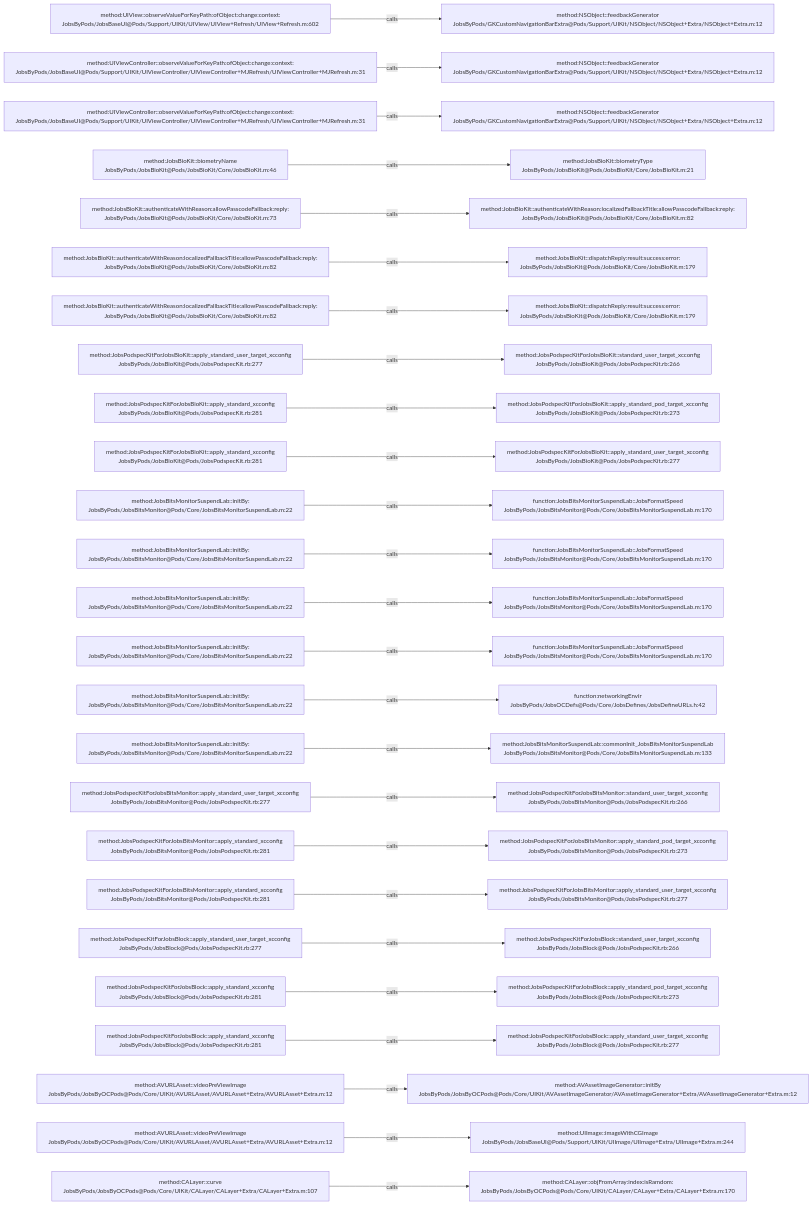
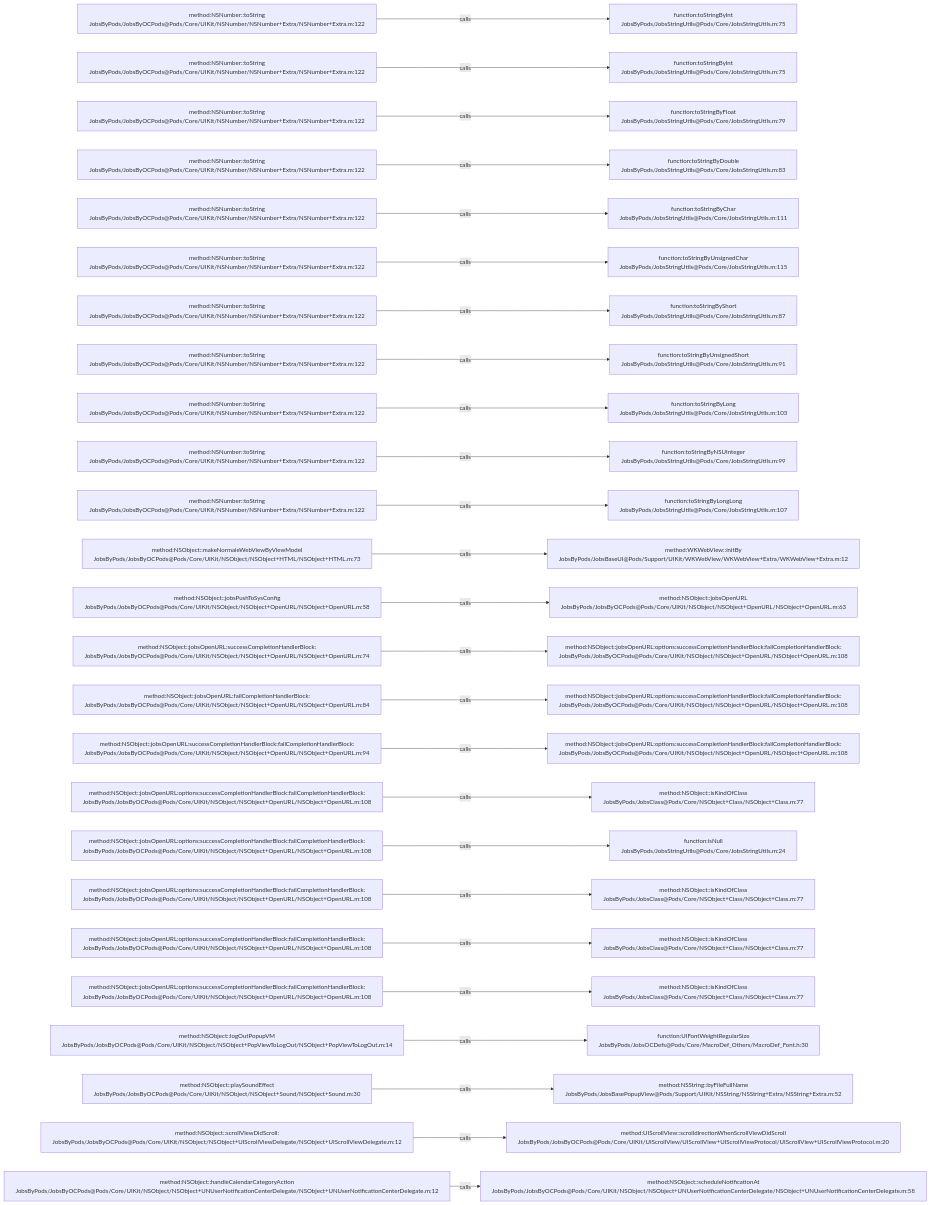
The diagram in .codegraph/codegraph.md/graphs/calls-051.md (JobsKits/JobsOCBaseConfigDemo), drawn with Mermaid before and after one commit. The commit also changed 639 other files, not shown here.

````diff
--- a/.codegraph/codegraph.md/graphs/calls-051.md
+++ b/.codegraph/codegraph.md/graphs/calls-051.md
@@ -13,78 +13,78 @@
 ```mermaid
 flowchart LR
-  S1["method:UIView::observeValueForKeyPath:ofObject:change:context:<br/>JobsByPods/JobsBaseUI@Pods/Support/UIKit/UIView/UIView+Refresh/UIView+Refresh.m:602"]
-  T1["method:NSObject::feedbackGenerator<br/>JobsByPods/GKCustomNavigationBarExtra@Pods/Support/UIKit/NSObject/NSObject+Extra/NSObject+Extra.m:12"]
+  S1["method:NSNumber::toString<br/>JobsByPods/JobsByOCPods@Pods/Core/UIKit/NSNumber/NSNumber+Extra/NSNumber+Extra.m:122"]
+  T1["function:toStringByInt<br/>JobsByPods/JobsStringUtils@Pods/Core/JobsStringUtils.m:75"]
   S1 -->|calls| T1
-  S2["method:UIViewController::observeValueForKeyPath:ofObject:change:context:<br/>JobsByPods/JobsBaseUI@Pods/Support/UIKit/UIViewController/UIViewController+MJRefresh/UIViewController+MJRefresh.m:31"]
-  T2["method:NSObject::feedbackGenerator<br/>JobsByPods/GKCustomNavigationBarExtra@Pods/Support/UIKit/NSObject/NSObject+Extra/NSObject+Extra.m:12"]
+  S2["method:NSNumber::toString<br/>JobsByPods/JobsByOCPods@Pods/Core/UIKit/NSNumber/NSNumber+Extra/NSNumber+Extra.m:122"]
+  T2["function:toStringByInt<br/>JobsByPods/JobsStringUtils@Pods/Core/JobsStringUtils.m:75"]
   S2 -->|calls| T2
-  S3["method:UIViewController::observeValueForKeyPath:ofObject:change:context:<br/>JobsByPods/JobsBaseUI@Pods/Support/UIKit/UIViewController/UIViewController+MJRefresh/UIViewController+MJRefresh.m:31"]
-  T3["method:NSObject::feedbackGenerator<br/>JobsByPods/GKCustomNavigationBarExtra@Pods/Support/UIKit/NSObject/NSObject+Extra/NSObject+Extra.m:12"]
+  S3["method:NSNumber::toString<br/>JobsByPods/JobsByOCPods@Pods/Core/UIKit/NSNumber/NSNumber+Extra/NSNumber+Extra.m:122"]
+  T3["function:toStringByFloat<br/>JobsByPods/JobsStringUtils@Pods/Core/JobsStringUtils.m:79"]
   S3 -->|calls| T3
-  S4["method:JobsBioKit::biometryName<br/>JobsByPods/JobsBioKit@Pods/JobsBioKit/Core/JobsBioKit.m:46"]
-  T4["method:JobsBioKit::biometryType<br/>JobsByPods/JobsBioKit@Pods/JobsBioKit/Core/JobsBioKit.m:21"]
+  S4["method:NSNumber::toString<br/>JobsByPods/JobsByOCPods@Pods/Core/UIKit/NSNumber/NSNumber+Extra/NSNumber+Extra.m:122"]
+  T4["function:toStringByDouble<br/>JobsByPods/JobsStringUtils@Pods/Core/JobsStringUtils.m:83"]
   S4 -->|calls| T4
-  S5["method:JobsBioKit::authenticateWithReason:allowPasscodeFallback:reply:<br/>JobsByPods/JobsBioKit@Pods/JobsBioKit/Core/JobsBioKit.m:73"]
-  T5["method:JobsBioKit::authenticateWithReason:localizedFallbackTitle:allowPasscodeFallback:reply:<br/>JobsByPods/JobsBioKit@Pods/JobsBioKit/Core/JobsBioKit.m:82"]
+  S5["method:NSNumber::toString<br/>JobsByPods/JobsByOCPods@Pods/Core/UIKit/NSNumber/NSNumber+Extra/NSNumber+Extra.m:122"]
+  T5["function:toStringByChar<br/>JobsByPods/JobsStringUtils@Pods/Core/JobsStringUtils.m:111"]
   S5 -->|calls| T5
-  S6["method:JobsBioKit::authenticateWithReason:localizedFallbackTitle:allowPasscodeFallback:reply:<br/>JobsByPods/JobsBioKit@Pods/JobsBioKit/Core/JobsBioKit.m:82"]
-  T6["method:JobsBioKit::dispatchReply:result:success:error:<br/>JobsByPods/JobsBioKit@Pods/JobsBioKit/Core/JobsBioKit.m:179"]
+  S6["method:NSNumber::toString<br/>JobsByPods/JobsByOCPods@Pods/Core/UIKit/NSNumber/NSNumber+Extra/NSNumber+Extra.m:122"]
+  T6["function:toStringByUnsignedChar<br/>JobsByPods/JobsStringUtils@Pods/Core/JobsStringUtils.m:115"]
   S6 -->|calls| T6
-  S7["method:JobsBioKit::authenticateWithReason:localizedFallbackTitle:allowPasscodeFallback:reply:<br/>JobsByPods/JobsBioKit@Pods/JobsBioKit/Core/JobsBioKit.m:82"]
-  T7["method:JobsBioKit::dispatchReply:result:success:error:<br/>JobsByPods/JobsBioKit@Pods/JobsBioKit/Core/JobsBioKit.m:179"]
+  S7["method:NSNumber::toString<br/>JobsByPods/JobsByOCPods@Pods/Core/UIKit/NSNumber/NSNumber+Extra/NSNumber+Extra.m:122"]
+  T7["function:toStringByShort<br/>JobsByPods/JobsStringUtils@Pods/Core/JobsStringUtils.m:87"]
   S7 -->|calls| T7
-  S8["method:JobsPodspecKitForJobsBioKit::apply_standard_user_target_xcconfig<br/>JobsByPods/JobsBioKit@Pods/JobsPodspecKit.rb:277"]
-  T8["method:JobsPodspecKitForJobsBioKit::standard_user_target_xcconfig<br/>JobsByPods/JobsBioKit@Pods/JobsPodspecKit.rb:266"]
+  S8["method:NSNumber::toString<br/>JobsByPods/JobsByOCPods@Pods/Core/UIKit/NSNumber/NSNumber+Extra/NSNumber+Extra.m:122"]
+  T8["function:toStringByUnsignedShort<br/>JobsByPods/JobsStringUtils@Pods/Core/JobsStringUtils.m:91"]
   S8 -->|calls| T8
-  S9["method:JobsPodspecKitForJobsBioKit::apply_standard_xcconfig<br/>JobsByPods/JobsBioKit@Pods/JobsPodspecKit.rb:281"]
-  T9["method:JobsPodspecKitForJobsBioKit::apply_standard_pod_target_xcconfig<br/>JobsByPods/JobsBioKit@Pods/JobsPodspecKit.rb:273"]
+  S9["method:NSNumber::toString<br/>JobsByPods/JobsByOCPods@Pods/Core/UIKit/NSNumber/NSNumber+Extra/NSNumber+Extra.m:122"]
+  T9["function:toStringByLong<br/>JobsByPods/JobsStringUtils@Pods/Core/JobsStringUtils.m:103"]
   S9 -->|calls| T9
-  S10["method:JobsPodspecKitForJobsBioKit::apply_standard_xcconfig<br/>JobsByPods/JobsBioKit@Pods/JobsPodspecKit.rb:281"]
-  T10["method:JobsPodspecKitForJobsBioKit::apply_standard_user_target_xcconfig<br/>JobsByPods/JobsBioKit@Pods/JobsPodspecKit.rb:277"]
+  S10["method:NSNumber::toString<br/>JobsByPods/JobsByOCPods@Pods/Core/UIKit/NSNumber/NSNumber+Extra/NSNumber+Extra.m:122"]
+  T10["function:toStringByNSUInteger<br/>JobsByPods/JobsStringUtils@Pods/Core/JobsStringUtils.m:99"]
   S10 -->|calls| T10
-  S11["method:JobsBitsMonitorSuspendLab::initBy:<br/>JobsByPods/JobsBitsMonitor@Pods/Core/JobsBitsMonitorSuspendLab.m:22"]
-  T11["function:JobsBitsMonitorSuspendLab::JobsFormatSpeed<br/>JobsByPods/JobsBitsMonitor@Pods/Core/JobsBitsMonitorSuspendLab.m:170"]
+  S11["method:NSNumber::toString<br/>JobsByPods/JobsByOCPods@Pods/Core/UIKit/NSNumber/NSNumber+Extra/NSNumber+Extra.m:122"]
+  T11["function:toStringByLongLong<br/>JobsByPods/JobsStringUtils@Pods/Core/JobsStringUtils.m:107"]
   S11 -->|calls| T11
-  S12["method:JobsBitsMonitorSuspendLab::initBy:<br/>JobsByPods/JobsBitsMonitor@Pods/Core/JobsBitsMonitorSuspendLab.m:22"]
-  T12["function:JobsBitsMonitorSuspendLab::JobsFormatSpeed<br/>JobsByPods/JobsBitsMonitor@Pods/Core/JobsBitsMonitorSuspendLab.m:170"]
+  S12["method:NSObject::makeNormaleWebViewByViewModel<br/>JobsByPods/JobsByOCPods@Pods/Core/UIKit/NSObject/NSObject+HTML/NSObject+HTML.m:73"]
+  T12["method:WKWebView::initBy<br/>JobsByPods/JobsBaseUI@Pods/Support/UIKit/WKWebView/WKWebView+Extra/WKWebView+Extra.m:12"]
   S12 -->|calls| T12
-  S13["method:JobsBitsMonitorSuspendLab::initBy:<br/>JobsByPods/JobsBitsMonitor@Pods/Core/JobsBitsMonitorSuspendLab.m:22"]
-  T13["function:JobsBitsMonitorSuspendLab::JobsFormatSpeed<br/>JobsByPods/JobsBitsMonitor@Pods/Core/JobsBitsMonitorSuspendLab.m:170"]
+  S13["method:NSObject::jobsPushToSysConfig<br/>JobsByPods/JobsByOCPods@Pods/Core/UIKit/NSObject/NSObject+OpenURL/NSObject+OpenURL.m:58"]
+  T13["method:NSObject::jobsOpenURL<br/>JobsByPods/JobsByOCPods@Pods/Core/UIKit/NSObject/NSObject+OpenURL/NSObject+OpenURL.m:63"]
   S13 -->|calls| T13
-  S14["method:JobsBitsMonitorSuspendLab::initBy:<br/>JobsByPods/JobsBitsMonitor@Pods/Core/JobsBitsMonitorSuspendLab.m:22"]
-  T14["function:JobsBitsMonitorSuspendLab::JobsFormatSpeed<br/>JobsByPods/JobsBitsMonitor@Pods/Core/JobsBitsMonitorSuspendLab.m:170"]
+  S14["method:NSObject::jobsOpenURL:successCompletionHandlerBlock:<br/>JobsByPods/JobsByOCPods@Pods/Core/UIKit/NSObject/NSObject+OpenURL/NSObject+OpenURL.m:74"]
+  T14["method:NSObject::jobsOpenURL:options:successCompletionHandlerBlock:failCompletionHandlerBlock:<br/>JobsByPods/JobsByOCPods@Pods/Core/UIKit/NSObject/NSObject+OpenURL/NSObject+OpenURL.m:108"]
   S14 -->|calls| T14
-  S15["method:JobsBitsMonitorSuspendLab::initBy:<br/>JobsByPods/JobsBitsMonitor@Pods/Core/JobsBitsMonitorSuspendLab.m:22"]
-  T15["function:networkingEnvir<br/>JobsByPods/JobsOCDefs@Pods/Core/JobsDefines/JobsDefineURLs.h:42"]
+  S15["method:NSObject::jobsOpenURL:failCompletionHandlerBlock:<br/>JobsByPods/JobsByOCPods@Pods/Core/UIKit/NSObject/NSObject+OpenURL/NSObject+OpenURL.m:84"]
+  T15["method:NSObject::jobsOpenURL:options:successCompletionHandlerBlock:failCompletionHandlerBlock:<br/>JobsByPods/JobsByOCPods@Pods/Core/UIKit/NSObject/NSObject+OpenURL/NSObject+OpenURL.m:108"]
   S15 -->|calls| T15
-  S16["method:JobsBitsMonitorSuspendLab::initBy:<br/>JobsByPods/JobsBitsMonitor@Pods/Core/JobsBitsMonitorSuspendLab.m:22"]
-  T16["method:JobsBitsMonitorSuspendLab::commonInit_JobsBitsMonitorSuspendLab<br/>JobsByPods/JobsBitsMonitor@Pods/Core/JobsBitsMonitorSuspendLab.m:133"]
+  S16["method:NSObject::jobsOpenURL:successCompletionHandlerBlock:failCompletionHandlerBlock:<br/>JobsByPods/JobsByOCPods@Pods/Core/UIKit/NSObject/NSObject+OpenURL/NSObject+OpenURL.m:94"]
+  T16["method:NSObject::jobsOpenURL:options:successCompletionHandlerBlock:failCompletionHandlerBlock:<br/>JobsByPods/JobsByOCPods@Pods/Core/UIKit/NSObject/NSObject+OpenURL/NSObject+OpenURL.m:108"]
   S16 -->|calls| T16
-  S17["method:JobsPodspecKitForJobsBitsMonitor::apply_standard_user_target_xcconfig<br/>JobsByPods/JobsBitsMonitor@Pods/JobsPodspecKit.rb:277"]
-  T17["method:JobsPodspecKitForJobsBitsMonitor::standard_user_target_xcconfig<br/>JobsByPods/JobsBitsMonitor@Pods/JobsPodspecKit.rb:266"]
+  S17["method:NSObject::jobsOpenURL:options:successCompletionHandlerBlock:failCompletionHandlerBlock:<br/>JobsByPods/JobsByOCPods@Pods/Core/UIKit/NSObject/NSObject+OpenURL/NSObject+OpenURL.m:108"]
+  T17["method:NSObject::isKindOfClass<br/>JobsByPods/JobsClass@Pods/Core/NSObject+Class/NSObject+Class.m:77"]
   S17 -->|calls| T17
-  S18["method:JobsPodspecKitForJobsBitsMonitor::apply_standard_xcconfig<br/>JobsByPods/JobsBitsMonitor@Pods/JobsPodspecKit.rb:281"]
-  T18["method:JobsPodspecKitForJobsBitsMonitor::apply_standard_pod_target_xcconfig<br/>JobsByPods/JobsBitsMonitor@Pods/JobsPodspecKit.rb:273"]
+  S18["method:NSObject::jobsOpenURL:options:successCompletionHandlerBlock:failCompletionHandlerBlock:<br/>JobsByPods/JobsByOCPods@Pods/Core/UIKit/NSObject/NSObject+OpenURL/NSObject+OpenURL.m:108"]
+  T18["function:isNull<br/>JobsByPods/JobsStringUtils@Pods/Core/JobsStringUtils.m:24"]
   S18 -->|calls| T18
-  S19["method:JobsPodspecKitForJobsBitsMonitor::apply_standard_xcconfig<br/>JobsByPods/JobsBitsMonitor@Pods/JobsPodspecKit.rb:281"]
-  T19["method:JobsPodspecKitForJobsBitsMonitor::apply_standard_user_target_xcconfig<br/>JobsByPods/JobsBitsMonitor@Pods/JobsPodspecKit.rb:277"]
+  S19["method:NSObject::jobsOpenURL:options:successCompletionHandlerBlock:failCompletionHandlerBlock:<br/>JobsByPods/JobsByOCPods@Pods/Core/UIKit/NSObject/NSObject+OpenURL/NSObject+OpenURL.m:108"]
+  T19["method:NSObject::isKindOfClass<br/>JobsByPods/JobsClass@Pods/Core/NSObject+Class/NSObject+Class.m:77"]
   S19 -->|calls| T19
-  S20["method:JobsPodspecKitForJobsBlock::apply_standard_user_target_xcconfig<br/>JobsByPods/JobsBlock@Pods/JobsPodspecKit.rb:277"]
-  T20["method:JobsPodspecKitForJobsBlock::standard_user_target_xcconfig<br/>JobsByPods/JobsBlock@Pods/JobsPodspecKit.rb:266"]
+  S20["method:NSObject::jobsOpenURL:options:successCompletionHandlerBlock:failCompletionHandlerBlock:<br/>JobsByPods/JobsByOCPods@Pods/Core/UIKit/NSObject/NSObject+OpenURL/NSObject+OpenURL.m:108"]
+  T20["method:NSObject::isKindOfClass<br/>JobsByPods/JobsClass@Pods/Core/NSObject+Class/NSObject+Class.m:77"]
   S20 -->|calls| T20
-  S21["method:JobsPodspecKitForJobsBlock::apply_standard_xcconfig<br/>JobsByPods/JobsBlock@Pods/JobsPodspecKit.rb:281"]
-  T21["method:JobsPodspecKitForJobsBlock::apply_standard_pod_target_xcconfig<br/>JobsByPods/JobsBlock@Pods/JobsPodspecKit.rb:273"]
+  S21["method:NSObject::jobsOpenURL:options:successCompletionHandlerBlock:failCompletionHandlerBlock:<br/>JobsByPods/JobsByOCPods@Pods/Core/UIKit/NSObject/NSObject+OpenURL/NSObject+OpenURL.m:108"]
+  T21["method:NSObject::isKindOfClass<br/>JobsByPods/JobsClass@Pods/Core/NSObject+Class/NSObject+Class.m:77"]
   S21 -->|calls| T21
-  S22["method:JobsPodspecKitForJobsBlock::apply_standard_xcconfig<br/>JobsByPods/JobsBlock@Pods/JobsPodspecKit.rb:281"]
-  T22["method:JobsPodspecKitForJobsBlock::apply_standard_user_target_xcconfig<br/>JobsByPods/JobsBlock@Pods/JobsPodspecKit.rb:277"]
+  S22["method:NSObject::logOutPopupVM<br/>JobsByPods/JobsByOCPods@Pods/Core/UIKit/NSObject/NSObject+PopViewToLogOut/NSObject+PopViewToLogOut.m:14"]
+  T22["function:UIFontWeightRegularSize<br/>JobsByPods/JobsOCDefs@Pods/Core/MacroDef_Others/MacroDef_Font.h:30"]
   S22 -->|calls| T22
-  S23["method:AVURLAsset::videoPreViewImage<br/>JobsByPods/JobsByOCPods@Pods/Core/UIKit/AVURLAsset/AVURLAsset+Extra/AVURLAsset+Extra.m:12"]
-  T23["method:AVAssetImageGenerator::initBy<br/>JobsByPods/JobsByOCPods@Pods/Core/UIKit/AVAssetImageGenerator/AVAssetImageGenerator+Extra/AVAssetImageGenerator+Extra.m:12"]
+  S23["method:NSObject::playSoundEffect<br/>JobsByPods/JobsByOCPods@Pods/Core/UIKit/NSObject/NSObject+Sound/NSObject+Sound.m:30"]
+  T23["method:NSString::byFileFullName<br/>JobsByPods/JobsBasePopupView@Pods/Support/UIKit/NSString/NSString+Extra/NSString+Extra.m:52"]
   S23 -->|calls| T23
-  S24["method:AVURLAsset::videoPreViewImage<br/>JobsByPods/JobsByOCPods@Pods/Core/UIKit/AVURLAsset/AVURLAsset+Extra/AVURLAsset+Extra.m:12"]
-  T24["method:UIImage::imageWithCGImage<br/>JobsByPods/JobsBaseUI@Pods/Support/UIKit/UIImage/UIImage+Extra/UIImage+Extra.m:244"]
+  S24["method:NSObject::scrollViewDidScroll:<br/>JobsByPods/JobsByOCPods@Pods/Core/UIKit/NSObject/NSObject+UIScrollViewDelegate/NSObject+UIScrollViewDelegate.m:12"]
+  T24["method:UIScrollView::scrolldirectionWhenScrollViewDidScroll<br/>JobsByPods/JobsByOCPods@Pods/Core/UIKit/UIScrollView/UIScrollView+UIScrollViewProtocol/UIScrollView+UIScrollViewProtocol.m:20"]
   S24 -->|calls| T24
-  S25["method:CALayer::curve<br/>JobsByPods/JobsByOCPods@Pods/Core/UIKit/CALayer/CALayer+Extra/CALayer+Extra.m:107"]
-  T25["method:CALayer::objFromArray:index:isRamdom:<br/>JobsByPods/JobsByOCPods@Pods/Core/UIKit/CALayer/CALayer+Extra/CALayer+Extra.m:170"]
+  S25["method:NSObject::handleCalendarCategoryAction<br/>JobsByPods/JobsByOCPods@Pods/Core/UIKit/NSObject/NSObject+UNUserNotificationCenterDelegate/NSObject+UNUserNotificationCenterDelegate.m:12"]
+  T25["method:NSObject::scheduleNotificationAt<br/>JobsByPods/JobsByOCPods@Pods/Core/UIKit/NSObject/NSObject+UNUserNotificationCenterDelegate/NSObject+UNUserNotificationCenterDelegate.m:58"]
   S25 -->|calls| T25
 ```
````
